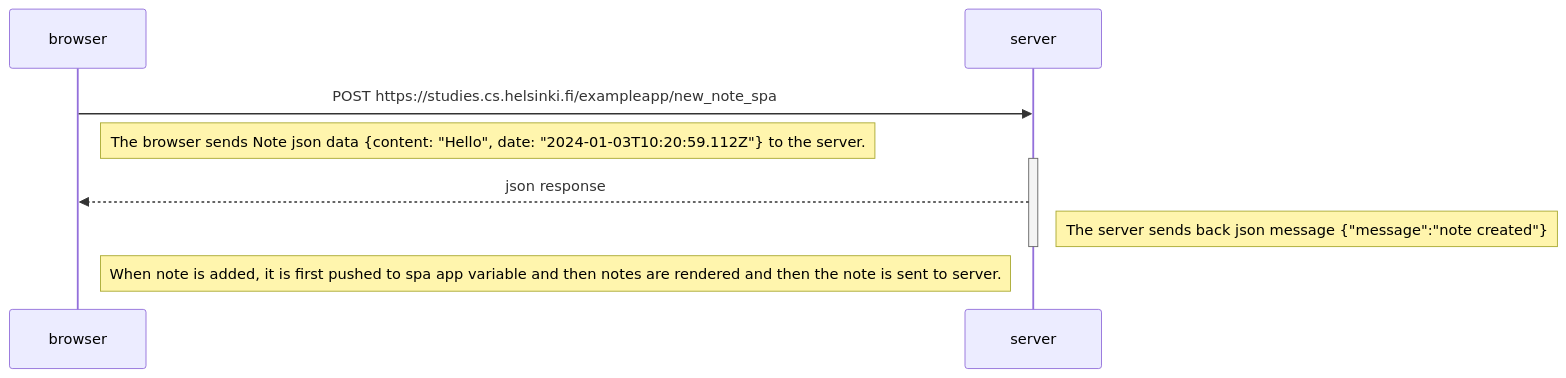
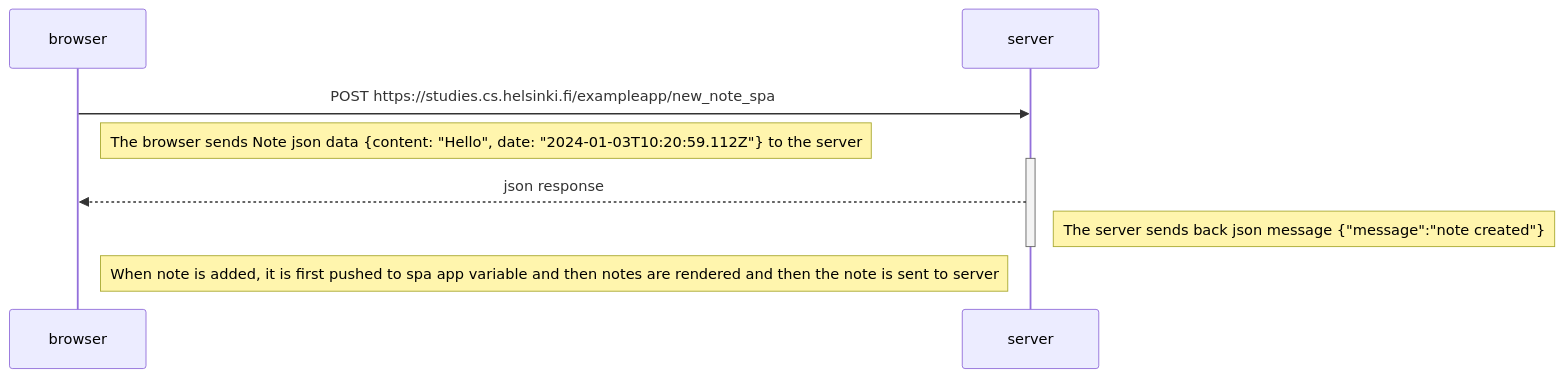
One commit to kjh/palautukset changed the diagram in osa0/06_spa_uusi_muistiinpano.md. Above: the diagram before and after it, drawn with Mermaid. The commit also changed 1 other file, not shown here.

Commit message:
osa0 palautus

````diff
--- a/osa0/06_spa_uusi_muistiinpano.md
+++ b/osa0/06_spa_uusi_muistiinpano.md
@@ -1,14 +1,14 @@
 ```mermaid
 sequenceDiagram
     participant browser
     participant server
     
     browser->>server: POST https://studies.cs.helsinki.fi/exampleapp/new_note_spa
-    Note right of browser: The browser sends Note json data {content: "Hello", date: "2024-01-03T10:20:59.112Z"} to the server.
+    Note right of browser: The browser sends Note json data {content: "Hello", date: "2024-01-03T10:20:59.112Z"} to the server
     activate server 
     server-->>browser: json response 
     Note right of server: The server sends back json message {"message":"note created"}
     deactivate server
 
-    Note right of browser: When note is added, it is first pushed to spa app variable and then notes are rendered and then the note is sent to server.
+    Note right of browser: When note is added, it is first pushed to spa app variable and then notes are rendered and then the note is sent to server
 ```
````
